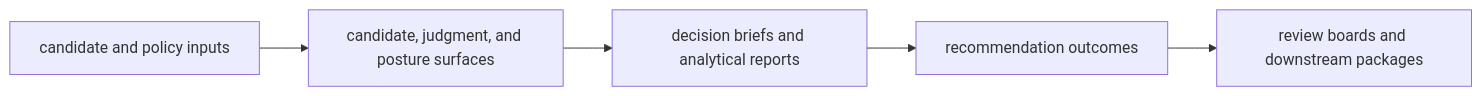
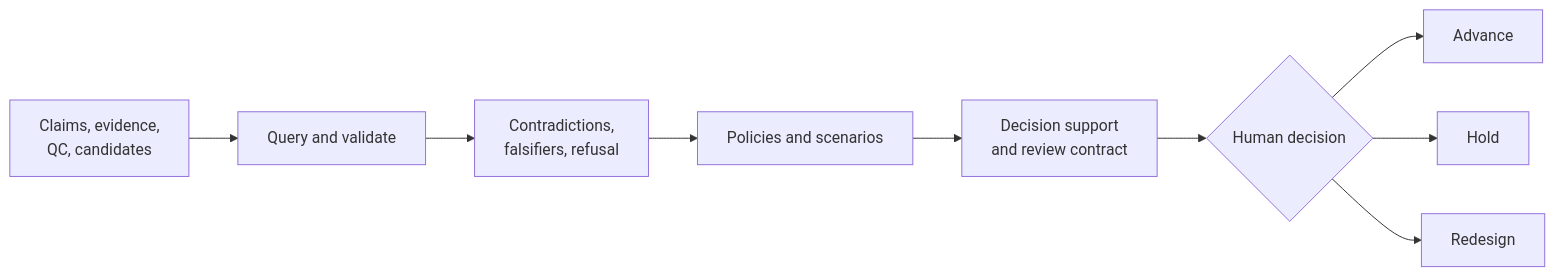
The diagram in docs/05-bijux-proteomics-intelligence/interfaces/index.md (bijux/bijux-proteomics), drawn with Mermaid before and after one commit. The commit also changed other lines of this file and 2 other files, not shown here.

Commit message:
docs(intelligence): expose decision support boundaries

````diff
--- a/docs/05-bijux-proteomics-intelligence/interfaces/index.md
+++ b/docs/05-bijux-proteomics-intelligence/interfaces/index.md
@@ -18,10 +18,17 @@
 ```mermaid
 flowchart LR
-    inputs["candidate and policy inputs"]
-    scoring["candidate, judgment, and posture surfaces"]
-    briefs["decision briefs and analytical reports"]
-    outcomes["recommendation outcomes"]
-    review["review boards and downstream packages"]
+    evidence["Claims, evidence,<br/>QC, candidates"]
+    interrogate["Query and validate"]
+    challenge["Contradictions,<br/>falsifiers, refusal"]
+    judge["Policies and scenarios"]
+    explain["Decision support<br/>and review contract"]
+    human{"Human decision"}
+    advance["Advance"]
+    hold["Hold"]
+    redesign["Redesign"]
 
-    inputs --> scoring --> briefs --> outcomes --> review
+    evidence --> interrogate --> challenge --> judge --> explain --> human
+    human --> advance
+    human --> hold
+    human --> redesign
 ```
````
